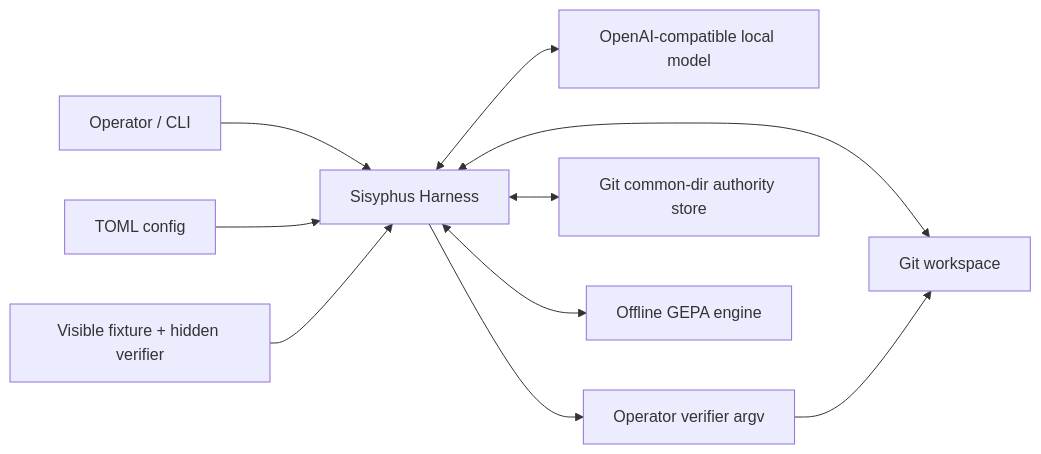
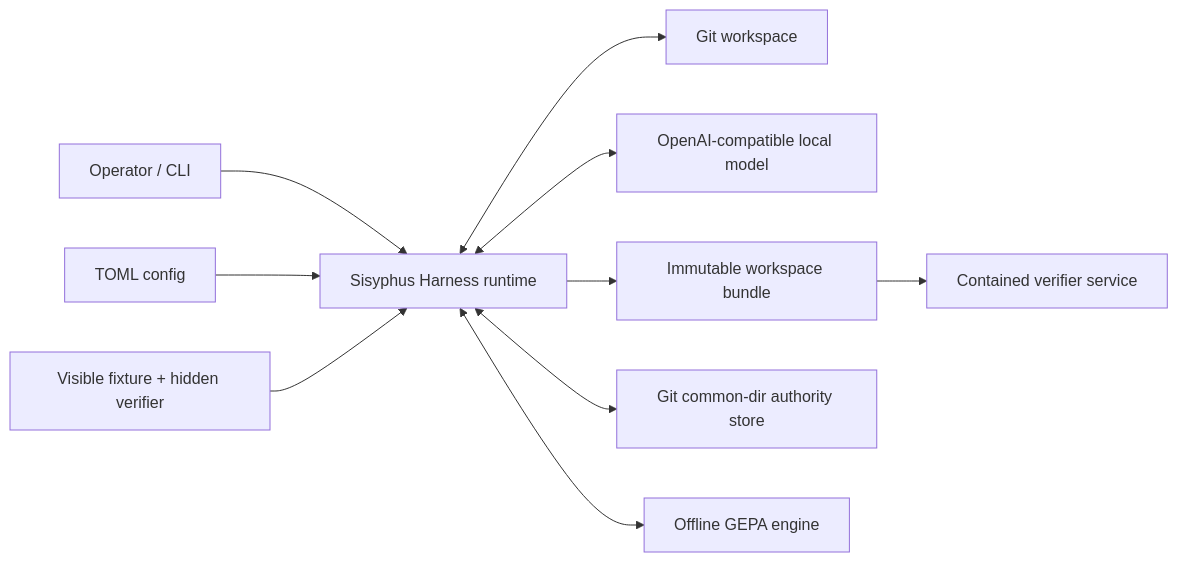
One commit to jihkang/Sisyphus-Harness changed the first of 9 diagrams in docs/architecture-and-data-pipeline.md. Above: the diagram before and after it, drawn with Mermaid. The commit also changed other lines of this file and 42 other files, not shown here.

````diff
--- a/docs/architecture-and-data-pipeline.md
+++ b/docs/architecture-and-data-pipeline.md
@@ -32,22 +34,23 @@
 ```mermaid
 flowchart LR
     Operator["Operator / CLI"]
     Config["TOML config"]
     Repo["Git workspace"]
-    Harness["Sisyphus Harness"]
+    Harness["Sisyphus Harness runtime"]
     Model["OpenAI-compatible local model"]
-    Verifier["Operator verifier argv"]
+    Bundle["Immutable workspace bundle"]
+    Verifier["Contained verifier service"]
     Authority["Git common-dir authority store"]
     Fixtures["Visible fixture + hidden verifier"]
     GEPA["Offline GEPA engine"]
 
     Operator --> Harness
     Config --> Harness
     Harness <--> Model
     Harness <--> Repo
-    Harness --> Verifier
-    Verifier --> Repo
+    Harness --> Bundle
+    Bundle --> Verifier
     Harness <--> Authority
     Fixtures --> Harness
     Harness <--> GEPA
 ```
````
